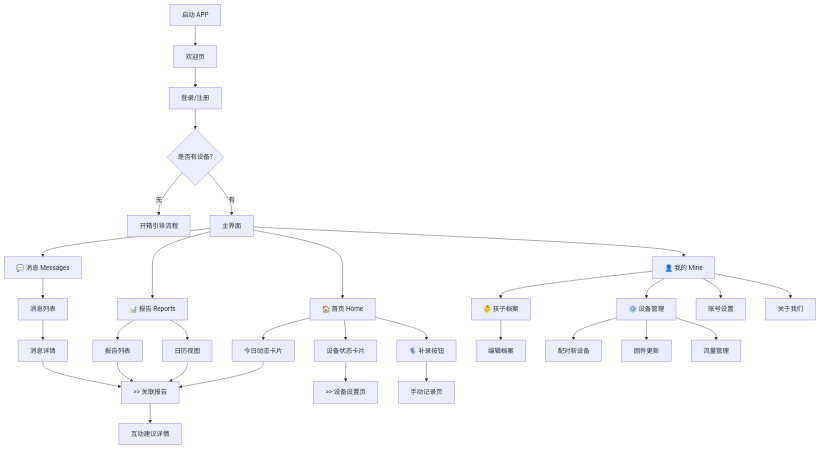
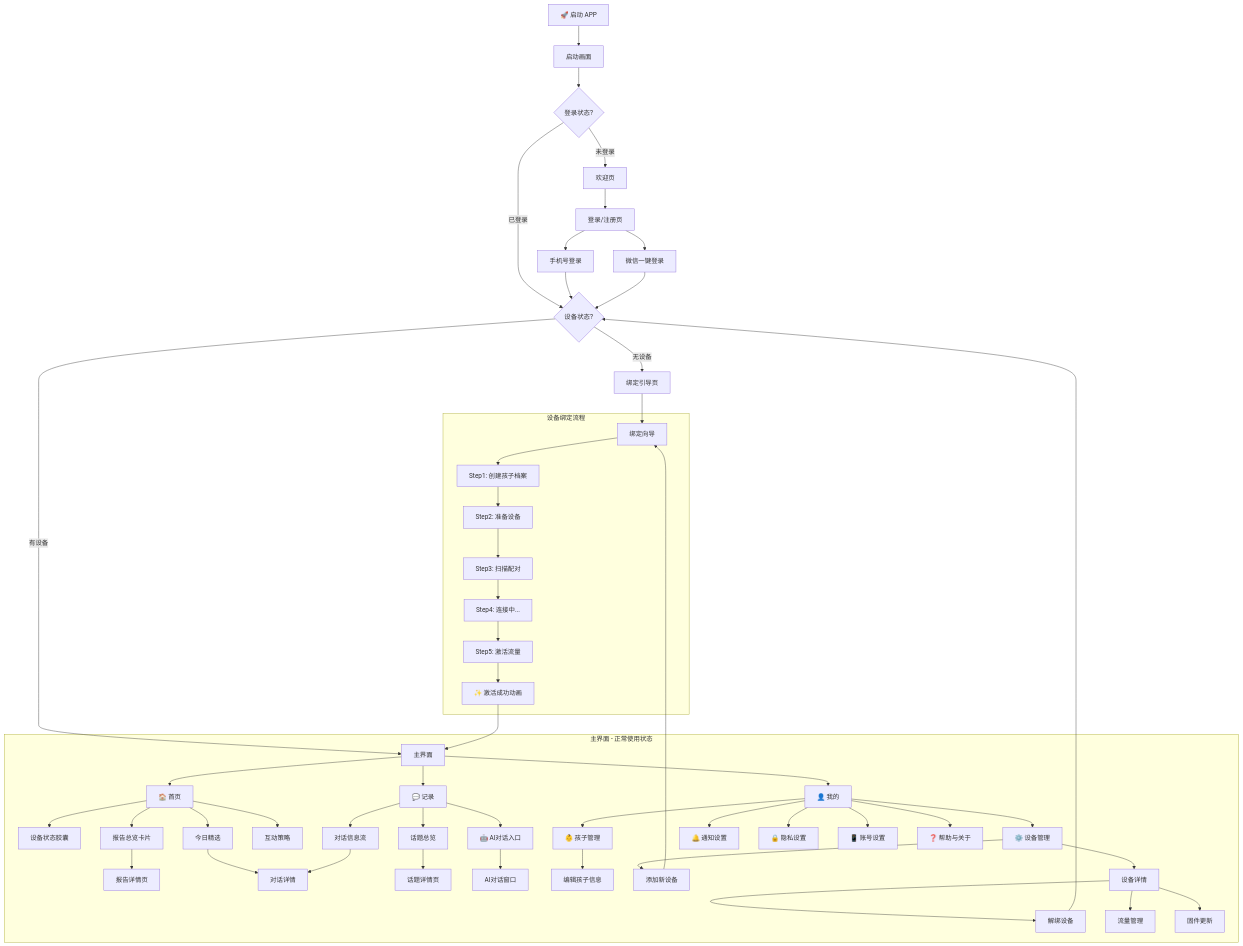
Before and after one commit to YZxyzz/Little-star: the second of 6 diagrams in docs/07-app-design/03-information-architecture.md, drawn with Mermaid. The commit also changed other lines of this file and 37 other files, not shown here.

First line of the commit message:
feat(release): Report 2.0, Home V2 & Moimoi Design System Upgrade

````diff
--- a/docs/07-app-design/03-information-architecture.md
+++ b/docs/07-app-design/03-information-architecture.md
@@ -27,47 +58,75 @@
 ```mermaid
 graph TD
-    %% 启动流程
-    Launch[启动 APP] --> Splash[欢迎页]
-    Splash --> Login[登录/注册]
-    Login --> Setup{是否有设备?}
-    Setup -- 无 --> Onboarding[开箱引导流程]
-    Setup -- 有 --> Main[主界面]
-
-    %% 主界面结构
-    Main --> Tab1[🏠 首页 Home]
-    Main --> Tab2[📊 报告 Reports]
-    Main --> Tab3[💬 消息 Messages]
-    Main --> Tab4[👤 我的 Mine]
-
-    %% Tab 1: 首页
-    Tab1 --> Status[设备状态卡片]
-    Tab1 --> TodayCard[今日动态卡片]
-    TodayCard --> ReportDetail[>> 报告详情页]
-    Status --> DeviceSettings[>> 设备设置页]
-    Tab1 --> RecordBtn[🎙️ 补录按钮]
-    RecordBtn --> ManualRecord[手动记录页]
-
-    %% Tab 2: 报告
-    Tab2 --> Calendar[日历视图]
-    Tab2 --> ReportList[报告列表]
-    Calendar --> ReportDetail
-    ReportList --> ReportDetail
-    ReportDetail --> SuggestionDetail[互动建议详情]
-
-    %% Tab 3: 消息
-    Tab3 --> MsgList[消息列表]
-    MsgList --> MsgDetail[消息详情]
-    MsgDetail --> ReportDetail[>> 关联报告]
-
-    %% Tab 4: 我的
-    Tab4 --> ChildProfile[👶 孩子档案]
-    Tab4 --> DeviceMgmt[⚙️ 设备管理]
-    Tab4 --> Account[账号设置]
-    Tab4 --> About[关于我们]
+    %% ============ 启动与状态判断 ============
+    Launch[🚀 启动 APP] --> SplashScreen[启动画面]
+    SplashScreen --> AuthCheck{登录状态?}
     
-    %% 二级核心页面
-    ChildProfile --> EditProfile[编辑档案]
-    DeviceMgmt --> Pairing[配对新设备]
-    DeviceMgmt --> FWUpdate[固件更新]
-    DeviceMgmt --> DataPlan[流量管理]
+    AuthCheck -- 未登录 --> WelcomePage[欢迎页]
+    AuthCheck -- 已登录 --> DeviceCheck{设备状态?}
+    
+    %% ============ 未登录流程 ============
+    WelcomePage --> LoginPage[登录/注册页]
+    LoginPage --> PhoneLogin[手机号登录]
+    LoginPage --> WechatLogin[微信一键登录]
+    PhoneLogin --> DeviceCheck
+    WechatLogin --> DeviceCheck
+    
+    %% ============ 设备绑定流程 ============
+    DeviceCheck -- 无设备 --> BindingGuide[绑定引导页]
+    DeviceCheck -- 有设备 --> MainApp[主界面]
+    
+    BindingGuide --> BindingWizard[绑定向导]
+    
+    subgraph BindingFlow[设备绑定流程]
+        BindingWizard --> Step1[Step1: 创建孩子档案]
+        Step1 --> Step2[Step2: 准备设备]
+        Step2 --> Step3[Step3: 扫描配对]
+        Step3 --> Step4[Step4: 连接中...]
+        Step4 --> Step5[Step5: 激活流量]
+        Step5 --> ActivationSuccess[✨ 激活成功动画]
+    end
+    
+    ActivationSuccess --> MainApp
+    
+    %% ============ 主界面 3 Tab ============
+    subgraph MainInterface[主界面 - 正常使用状态]
+        MainApp --> Tab1[🏠 首页]
+        MainApp --> Tab2[💬 记录]
+        MainApp --> Tab3[👤 我的]
+        
+        %% 首页
+        Tab1 --> DeviceStatus[设备状态胶囊]
+        Tab1 --> ReportOverview[报告总览卡片]
+        Tab1 --> TodayHighlights[今日精选]
+        Tab1 --> InteractionTips[互动策略]
+        ReportOverview --> ReportDetail[报告详情页]
+        TodayHighlights --> ConversationDetail[对话详情]
+        
+        %% 记录
+        Tab2 --> TopicCloud[话题总览]
+        Tab2 --> ConversationFeed[对话信息流]
+        Tab2 --> AIChat[🤖 AI对话入口]
+        TopicCloud --> TopicDetail[话题详情页]
+        ConversationFeed --> ConversationDetail
+        AIChat --> AIChatWindow[AI对话窗口]
+        
+        %% 我的
+        Tab3 --> ChildProfile[👶 孩子管理]
+        Tab3 --> DeviceMgmt[⚙️ 设备管理]
+        Tab3 --> NotificationSettings[🔔 通知设置]
+        Tab3 --> PrivacySettings[🔒 隐私设置]
+        Tab3 --> AccountSettings[📱 账号设置]
+        Tab3 --> HelpAbout[❓ 帮助与关于]
+        
+        ChildProfile --> EditChild[编辑孩子信息]
+        DeviceMgmt --> AddDevice[添加新设备]
+        DeviceMgmt --> DeviceDetail[设备详情]
+        DeviceDetail --> UnbindDevice[解绑设备]
+        DeviceDetail --> DataPlan[流量管理]
+        DeviceDetail --> FirmwareUpdate[固件更新]
+    end
+    
+    %% ============ 返回绑定流程 ============
+    AddDevice --> BindingWizard
+    UnbindDevice --> DeviceCheck
 ```
````
